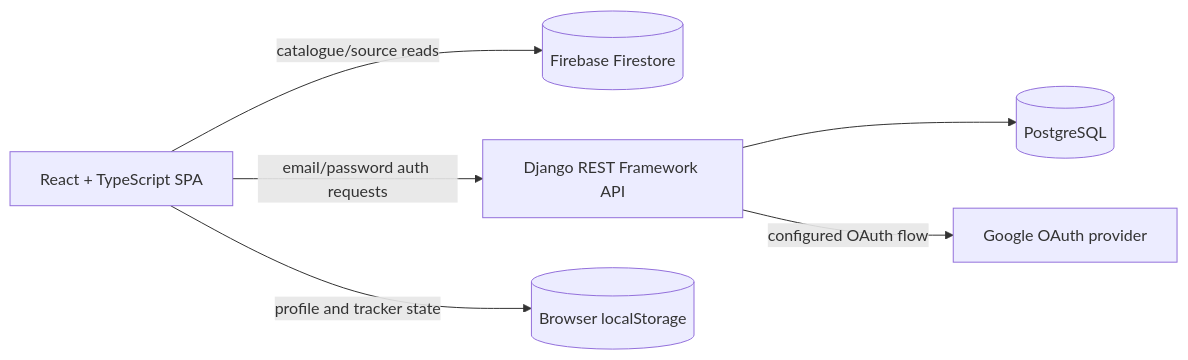
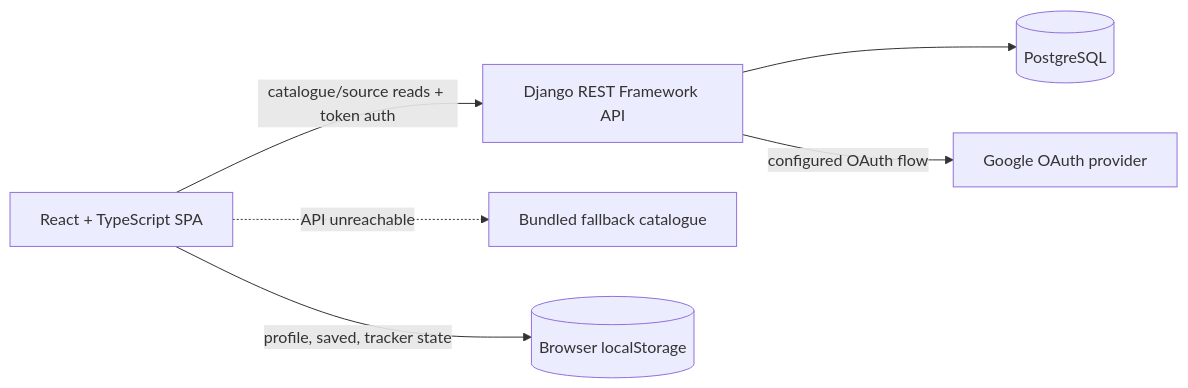
The diagram in docs/SYSTEM_ARCHITECTURE.md (souravvoid/ScholarFind), drawn with Mermaid before and after one commit. The commit also changed other lines of this file and 29 other files, not shown here.

````diff
--- a/docs/SYSTEM_ARCHITECTURE.md
+++ b/docs/SYSTEM_ARCHITECTURE.md
@@ -7,14 +7,14 @@
 ```mermaid
 flowchart LR
   Browser[React + TypeScript SPA]
-  Firestore[(Firebase Firestore)]
   API[Django REST Framework API]
   PG[(PostgreSQL)]
   IdP[Google OAuth provider]
+  Bundle[Bundled fallback catalogue]
 
-  Browser -->|catalogue/source reads| Firestore
-  Browser -->|email/password auth requests| API
+  Browser -->|catalogue/source reads + token auth| API
+  Browser -.->|API unreachable| Bundle
   API --> PG
   API -->|configured OAuth flow| IdP
-  Browser -->|profile and tracker state| LocalStorage[(Browser localStorage)]
+  Browser -->|profile, saved, tracker state| LocalStorage[(Browser localStorage)]
 ```
````
